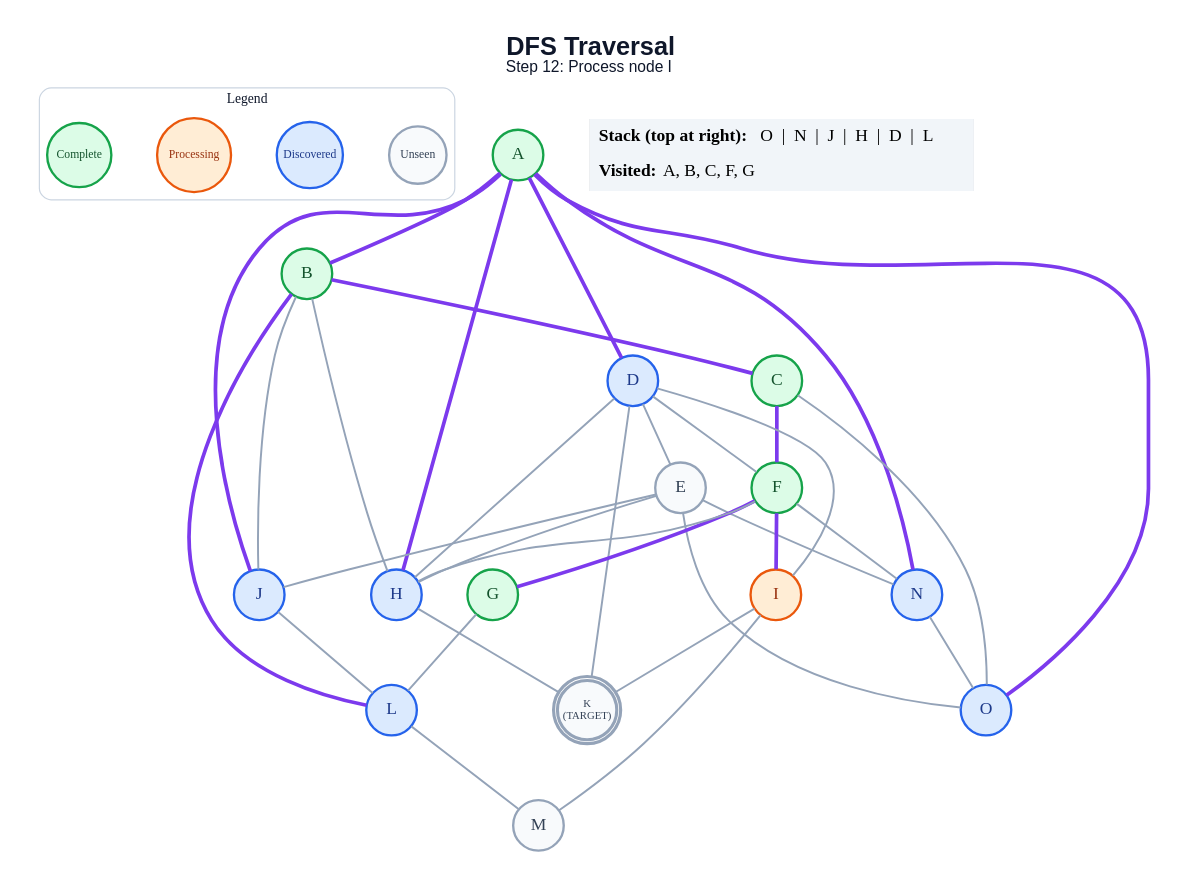
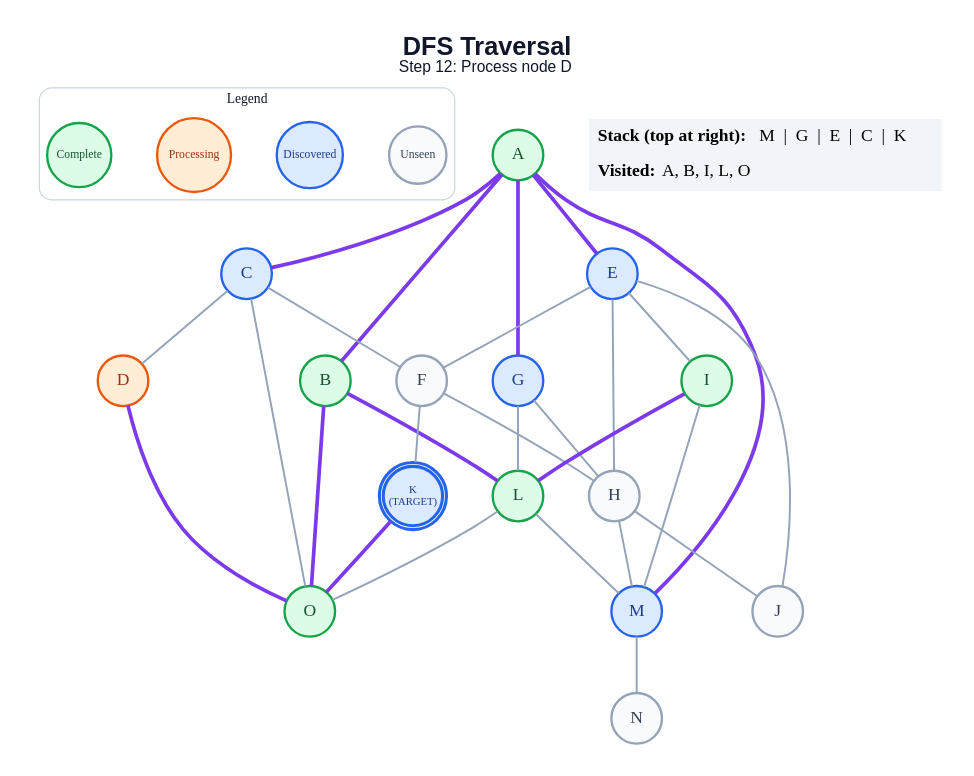
Before and after one commit to anon7238593-create/ai-slop: the diagram in generated/dfs/step_12.dot, drawn with Graphviz. The commit also changed 263 other files, not shown here.

```diff
--- a/generated/dfs/step_12.dot
+++ b/generated/dfs/step_12.dot
@@ -1,66 +1,61 @@
 graph traversal {
   graph [layout=dot, rankdir=TB, bgcolor="#FFFFFF", pad="0.35", nodesep="0.65", ranksep="0.8", fontname="Arial"];
   node [shape=circle, style="filled", fontname="Arial Bold", fontsize=18, width=0.72, fixedsize=true, penwidth=2.4];
   edge [color="#94A3B8", penwidth=2.0];
-  label=<<B>DFS Traversal</B><BR/><FONT POINT-SIZE="16">Step 12: Process node I</FONT>>; labelloc="t"; fontsize=26; fontname="Arial"; fontcolor="#0F172A";
+  label=<<B>DFS Traversal</B><BR/><FONT POINT-SIZE="16">Step 12: Process node D</FONT>>; labelloc="t"; fontsize=26; fontname="Arial"; fontcolor="#0F172A";
   subgraph cluster_legend { label="Legend"; color="#CBD5E1"; penwidth=1.2; style="rounded"; fontsize=14; fontname="Arial Bold";
     key_unseen [label="Unseen", fillcolor="#F8FAFC", color="#94A3B8", fontcolor="#334155", fontsize=12, width=0.82];
     key_frontier [label="Discovered", fillcolor="#DBEAFE", color="#2563EB", fontcolor="#1E3A8A", fontsize=12, width=0.95];
     key_current [label="Processing", fillcolor="#FFEDD5", color="#EA580C", fontcolor="#9A3412", fontsize=12, width=1.05];
     key_done [label="Complete", fillcolor="#DCFCE7", color="#16A34A", fontcolor="#14532D", fontsize=12, width=0.92];
     { rank=same; key_unseen; key_frontier; key_current; key_done; }
   }
   A [label="A", fillcolor="#DCFCE7", color="#16A34A", fontcolor="#14532D", peripheries=1, penwidth=2.4];
   B [label="B", fillcolor="#DCFCE7", color="#16A34A", fontcolor="#14532D", peripheries=1, penwidth=2.4];
-  C [label="C", fillcolor="#DCFCE7", color="#16A34A", fontcolor="#14532D", peripheries=1, penwidth=2.4];
-  D [label="D", fillcolor="#DBEAFE", color="#2563EB", fontcolor="#1E3A8A", peripheries=1, penwidth=2.4];
-  E [label="E", fillcolor="#F8FAFC", color="#94A3B8", fontcolor="#334155", peripheries=1, penwidth=2.4];
-  F [label="F", fillcolor="#DCFCE7", color="#16A34A", fontcolor="#14532D", peripheries=1, penwidth=2.4];
-  G [label="G", fillcolor="#DCFCE7", color="#16A34A", fontcolor="#14532D", peripheries=1, penwidth=2.4];
-  H [label="H", fillcolor="#DBEAFE", color="#2563EB", fontcolor="#1E3A8A", peripheries=1, penwidth=2.4];
-  I [label="I", fillcolor="#FFEDD5", color="#EA580C", fontcolor="#9A3412", peripheries=1, penwidth=2.4];
-  J [label="J", fillcolor="#DBEAFE", color="#2563EB", fontcolor="#1E3A8A", peripheries=1, penwidth=2.4];
-  K [label="K\n(TARGET)", fillcolor="#F8FAFC", color="#94A3B8", fontcolor="#334155", peripheries=2, penwidth=3.2, fontsize=11, width=0.85, height=0.85];
-  L [label="L", fillcolor="#DBEAFE", color="#2563EB", fontcolor="#1E3A8A", peripheries=1, penwidth=2.4];
-  M [label="M", fillcolor="#F8FAFC", color="#94A3B8", fontcolor="#334155", peripheries=1, penwidth=2.4];
-  N [label="N", fillcolor="#DBEAFE", color="#2563EB", fontcolor="#1E3A8A", peripheries=1, penwidth=2.4];
-  O [label="O", fillcolor="#DBEAFE", color="#2563EB", fontcolor="#1E3A8A", peripheries=1, penwidth=2.4];
+  C [label="C", fillcolor="#DBEAFE", color="#2563EB", fontcolor="#1E3A8A", peripheries=1, penwidth=2.4];
+  D [label="D", fillcolor="#FFEDD5", color="#EA580C", fontcolor="#9A3412", peripheries=1, penwidth=2.4];
+  E [label="E", fillcolor="#DBEAFE", color="#2563EB", fontcolor="#1E3A8A", peripheries=1, penwidth=2.4];
+  F [label="F", fillcolor="#F8FAFC", color="#94A3B8", fontcolor="#334155", peripheries=1, penwidth=2.4];
+  G [label="G", fillcolor="#DBEAFE", color="#2563EB", fontcolor="#1E3A8A", peripheries=1, penwidth=2.4];
+  H [label="H", fillcolor="#F8FAFC", color="#94A3B8", fontcolor="#334155", peripheries=1, penwidth=2.4];
+  I [label="I", fillcolor="#DCFCE7", color="#16A34A", fontcolor="#14532D", peripheries=1, penwidth=2.4];
+  J [label="J", fillcolor="#F8FAFC", color="#94A3B8", fontcolor="#334155", peripheries=1, penwidth=2.4];
+  K [label="K\n(TARGET)", fillcolor="#DBEAFE", color="#2563EB", fontcolor="#1E3A8A", peripheries=2, penwidth=3.2, fontsize=11, width=0.85, height=0.85];
+  L [label="L", fillcolor="#DCFCE7", color="#16A34A", fontcolor="#14532D", peripheries=1, penwidth=2.4];
+  M [label="M", fillcolor="#DBEAFE", color="#2563EB", fontcolor="#1E3A8A", peripheries=1, penwidth=2.4];
+  N [label="N", fillcolor="#F8FAFC", color="#94A3B8", fontcolor="#334155", peripheries=1, penwidth=2.4];
+  O [label="O", fillcolor="#DCFCE7", color="#16A34A", fontcolor="#14532D", peripheries=1, penwidth=2.4];
   A -- B [color="#7C3AED", penwidth=3.8];
-  A -- D [color="#7C3AED", penwidth=3.8];
-  A -- H [color="#7C3AED", penwidth=3.8];
-  A -- J [color="#7C3AED", penwidth=3.8];
-  A -- N [color="#7C3AED", penwidth=3.8];
-  A -- O [color="#7C3AED", penwidth=3.8];
-  B -- C [color="#7C3AED", penwidth=3.8];
-  B -- H;
-  B -- J;
+  A -- C [color="#7C3AED", penwidth=3.8];
+  A -- E [color="#7C3AED", penwidth=3.8];
+  A -- G [color="#7C3AED", penwidth=3.8];
+  A -- M [color="#7C3AED", penwidth=3.8];
   B -- L [color="#7C3AED", penwidth=3.8];
-  C -- F [color="#7C3AED", penwidth=3.8];
+  B -- O [color="#7C3AED", penwidth=3.8];
+  C -- D;
+  C -- F;
   C -- O;
-  D -- E;
-  D -- F;
-  D -- H;
-  D -- I;
-  D -- K;
+  D -- O [color="#7C3AED", penwidth=3.8];
+  E -- F;
   E -- H;
+  E -- I;
   E -- J;
-  E -- N;
-  E -- O;
-  F -- G [color="#7C3AED", penwidth=3.8];
   F -- H;
-  F -- I [color="#7C3AED", penwidth=3.8];
-  F -- N;
+  F -- K;
+  G -- H;
   G -- L;
-  H -- K;
-  I -- K;
+  H -- J;
+  H -- M;
+  I -- L [color="#7C3AED", penwidth=3.8];
   I -- M;
-  J -- L;
+  K -- O [color="#7C3AED", penwidth=3.8];
   L -- M;
-  N -- O;
+  L -- O;
+  M -- N;
   status [shape=plain, fixedsize=false, width=0, height=0, margin=0, label=<
     <TABLE BORDER="0" CELLBORDER="0" CELLPADDING="7" BGCOLOR="#F1F5F9">
-      <TR><TD ALIGN="LEFT"><B>Stack (top at right):</B> O  |  N  |  J  |  H  |  D  |  L</TD></TR>
-      <TR><TD ALIGN="LEFT"><B>Visited:</B> A, B, C, F, G</TD></TR>
+      <TR><TD ALIGN="LEFT"><B>Stack (top at right):</B> M  |  G  |  E  |  C  |  K</TD></TR>
+      <TR><TD ALIGN="LEFT"><B>Visited:</B> A, B, I, L, O</TD></TR>
     </TABLE>
   >];
 }
```
